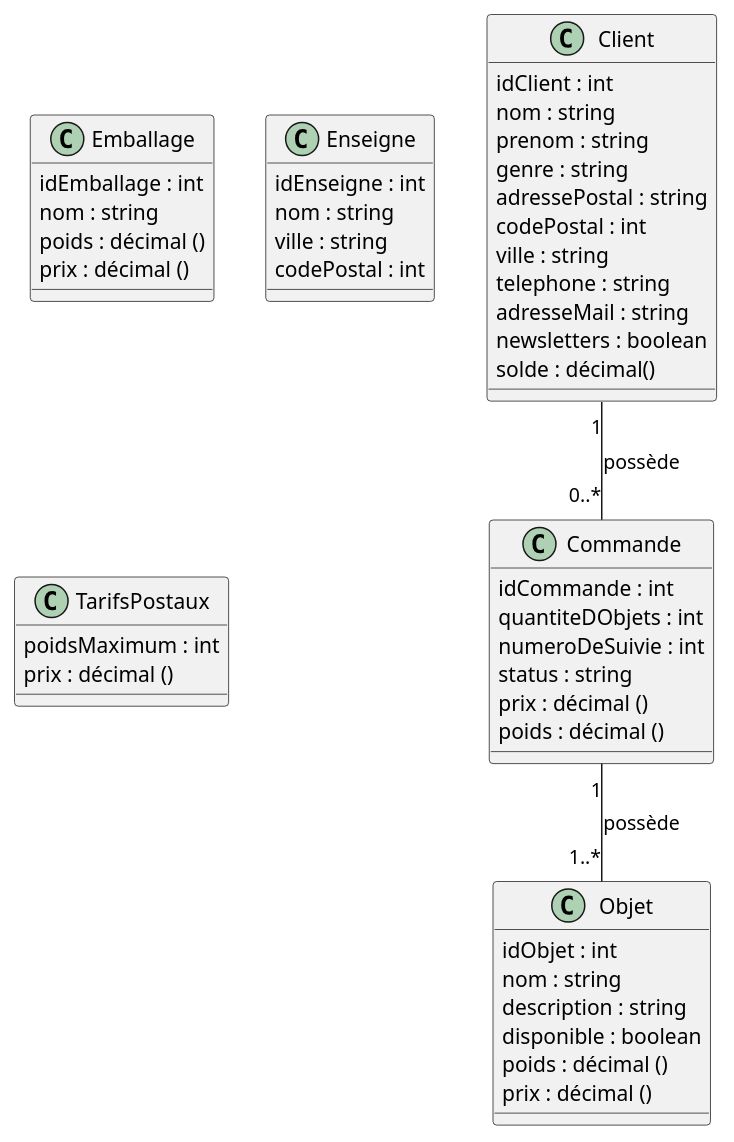
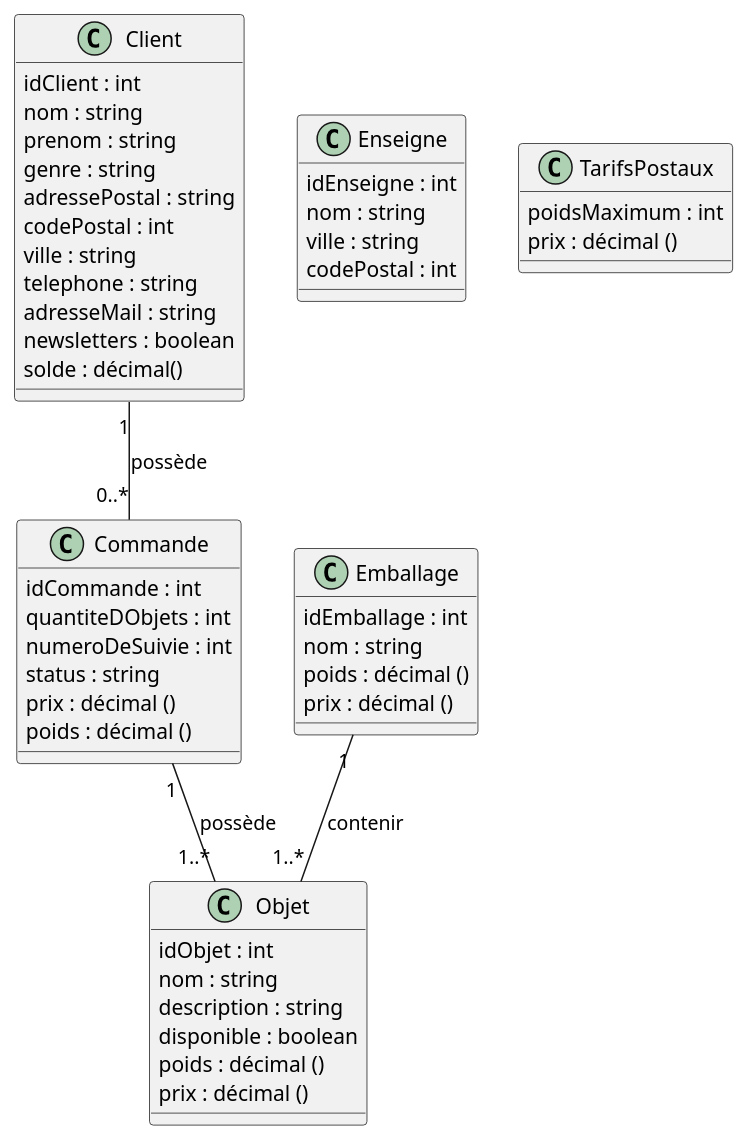
Before and after one commit to Bluwen/Conception_d_une_application_informatique: the diagram in Diagrammes_de_classe/Diagramme_de_classe_model.puml, drawn with PlantUML.

Commit message:
ajout de relation dans le diagramme de classe

```diff
--- a/Diagrammes_de_classe/Diagramme_de_classe_model.puml
+++ b/Diagrammes_de_classe/Diagramme_de_classe_model.puml
@@ -1,58 +1,59 @@
 @startuml Classe model
 
 class Client {
     idClient : int
     nom : string
     prenom : string
     genre : string
     adressePostal : string
     codePostal : int
     ville : string
     telephone : string
     adresseMail : string
     newsletters : boolean
     {field} solde : décimal()
 }
 
 class Commande {
     idCommande : int
     quantiteDObjets : int
     numeroDeSuivie : int
     status : string
     {field} prix : décimal ()
     {field} poids : décimal ()
 }
 
 class Objet {
     idObjet : int
     nom : string
     description : string
     disponible : boolean
     {field} poids : décimal ()
     {field} prix : décimal ()
 }
 
 class Emballage {
     idEmballage : int
     nom : string
     {field} poids : décimal ()
     {field} prix : décimal ()
 }
 
 class Enseigne {
     idEnseigne : int
     nom : string
     ville : string
     codePostal : int
 }
 
 class TarifsPostaux {
     poidsMaximum : int
     {field} prix : décimal ()
 }
 
 
 Client "1"-- "0..*" Commande : possède
 Commande "1" -- "1..*" Objet : possède
+Emballage "1" -- "1..*" Objet : contenir
 
 @enduml
```
